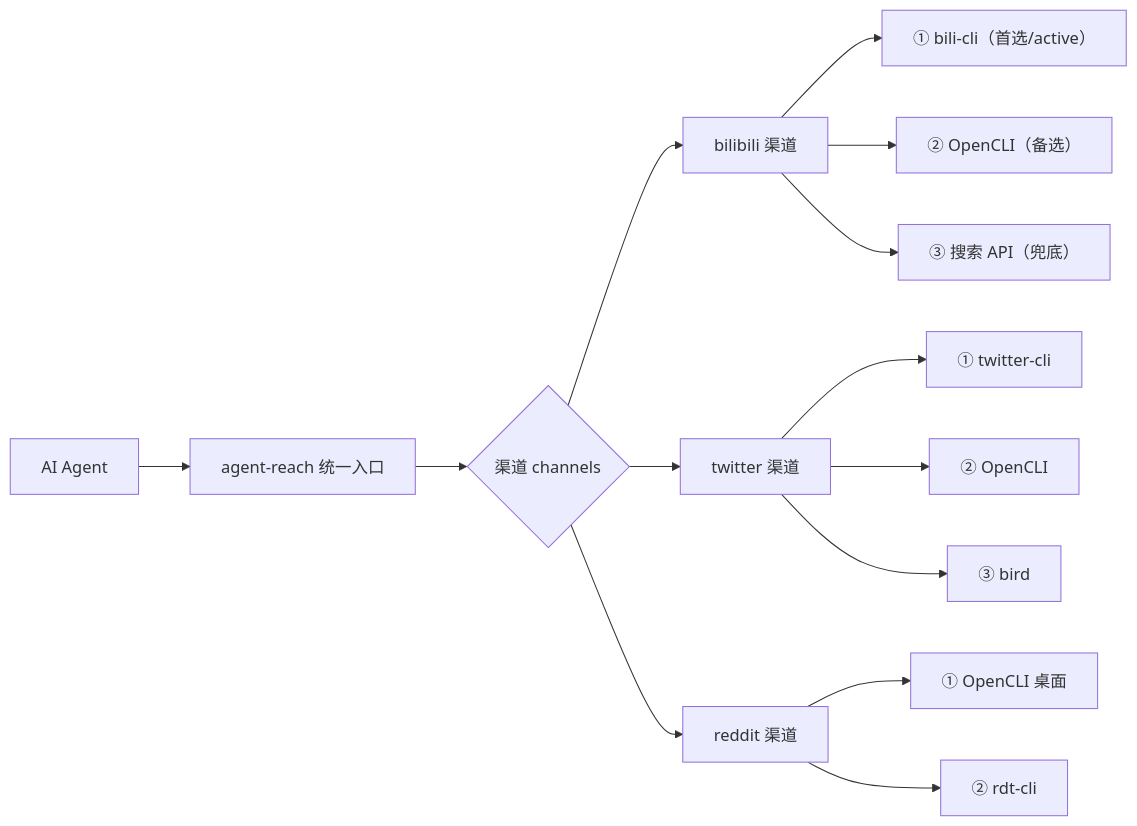
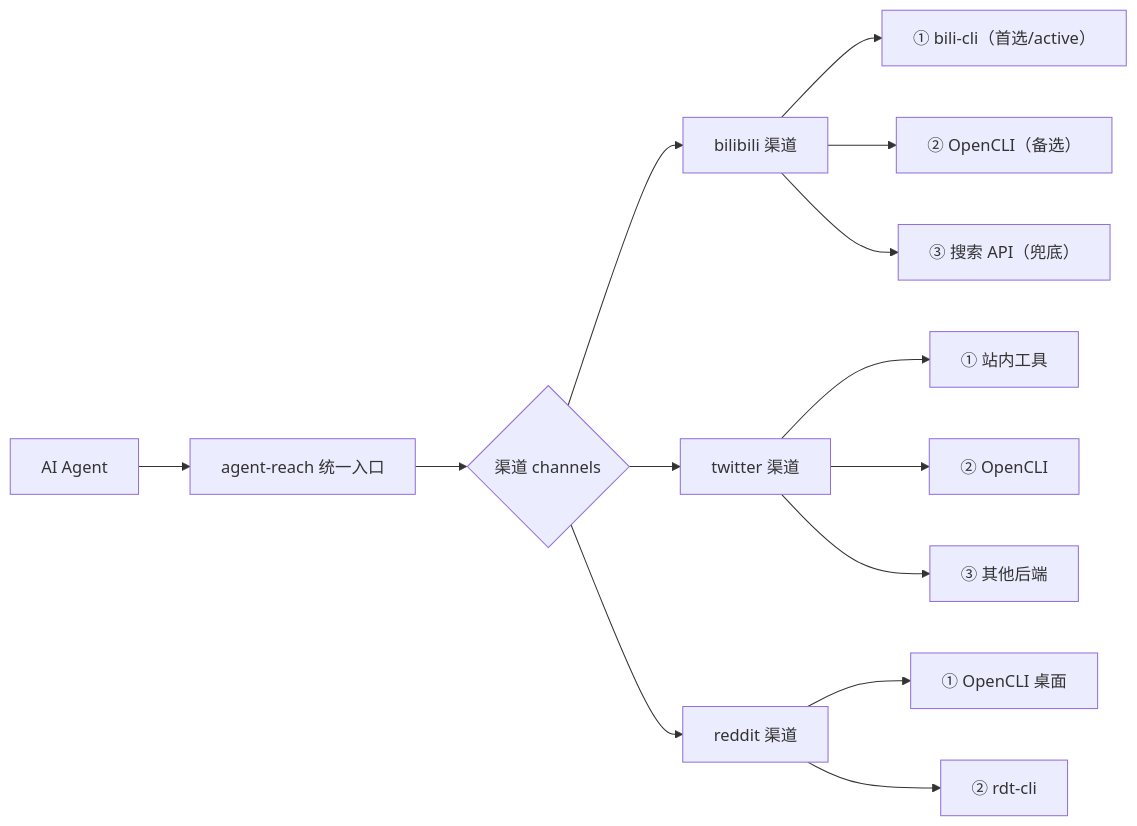
Before and after one commit to awesome-flexloop/awesome-okf: the diagram in doc/bundles/jishu/ai/products/agent-reach/concepts/01-capability-layer-architecture.md, drawn with Mermaid. The commit also changed other lines of this file and 18 other files, not shown here.

````diff
--- a/doc/bundles/jishu/ai/products/agent-reach/concepts/01-capability-layer-architecture.md
+++ b/doc/bundles/jishu/ai/products/agent-reach/concepts/01-capability-layer-architecture.md
@@ -42,16 +45,16 @@
 ```mermaid
 flowchart LR
     A[AI Agent] --> B[agent-reach 统一入口]
     B --> C{渠道 channels}
     C --> D[bilibili 渠道]
     C --> E[twitter 渠道]
     C --> F[reddit 渠道]
     D --> D1["① bili-cli（首选/active）"]
     D --> D2["② OpenCLI（备选）"]
     D --> D3["③ 搜索 API（兜底）"]
-    E --> E1["① twitter-cli"]
+    E --> E1["① 站内工具"]
     E --> E2["② OpenCLI"]
-    E --> E3["③ bird"]
+    E --> E3["③ 其他后端"]
     F --> F1["① OpenCLI 桌面"]
     F --> F2["② rdt-cli"]
 ```
````
